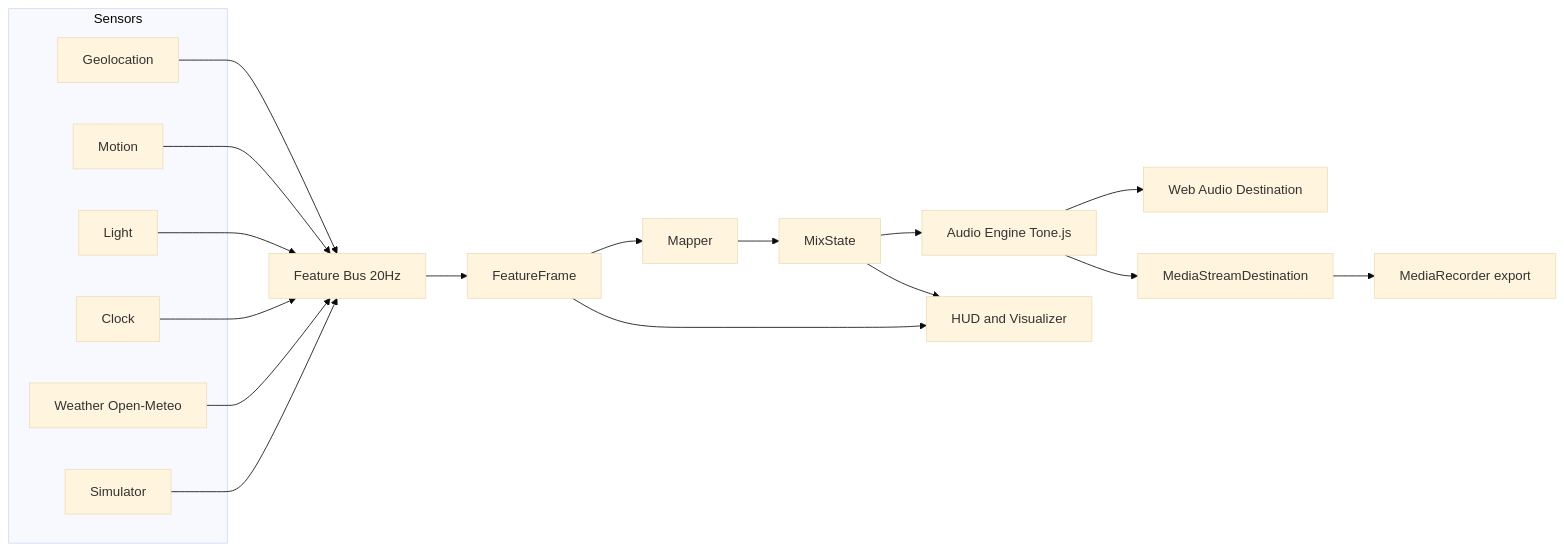
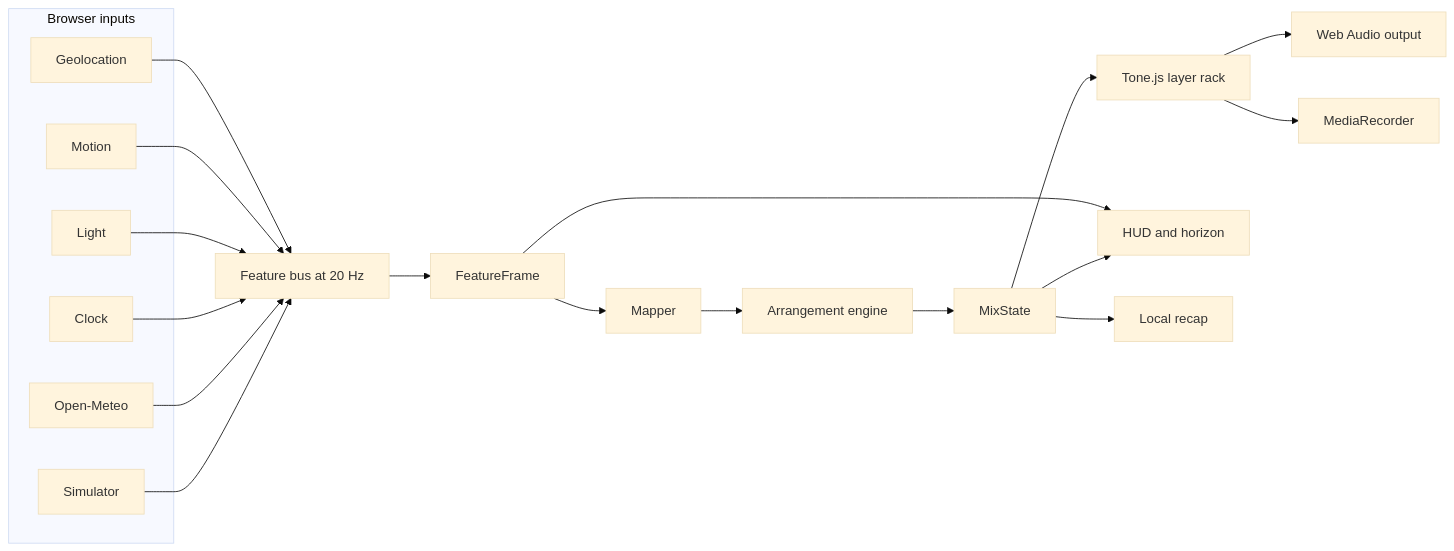
Before and after one commit to aditano/RoadOST: the diagram in README.md, drawn with Mermaid (base theme). The commit also changed other lines of this file and 30 other files, not shown here.

````diff
--- a/README.md
+++ b/README.md
@@ -49,28 +107,28 @@
 ```mermaid
 flowchart LR
-  subgraph Sensors
+  subgraph Browser inputs
     G[Geolocation]
     M[Motion]
     L[Light]
     C[Clock]
-    W[Weather Open-Meteo]
+    W[Open-Meteo]
     S[Simulator]
   end
 
-  G --> B
+  G --> B[Feature bus at 20 Hz]
   M --> B
   L --> B
   C --> B
   W --> B
   S --> B
-
-  B[Feature Bus 20Hz] --> F[FeatureFrame]
+  B --> F[FeatureFrame]
   F --> MP[Mapper]
-  MP --> MX[MixState]
-  MX --> AE[Audio Engine Tone.js]
-  AE --> OUT[Web Audio Destination]
-  AE --> REC[MediaStreamDestination]
-  REC --> MR[MediaRecorder export]
-  F --> UI[HUD and Visualizer]
-  MX --> UI
+  MP --> A[Arrangement engine]
+  A --> X[MixState]
+  X --> T[Tone.js layer rack]
+  T --> O[Web Audio output]
+  T --> R[MediaRecorder]
+  F --> UI[HUD and horizon]
+  X --> UI
+  X --> RC[Local recap]
 ```
````
